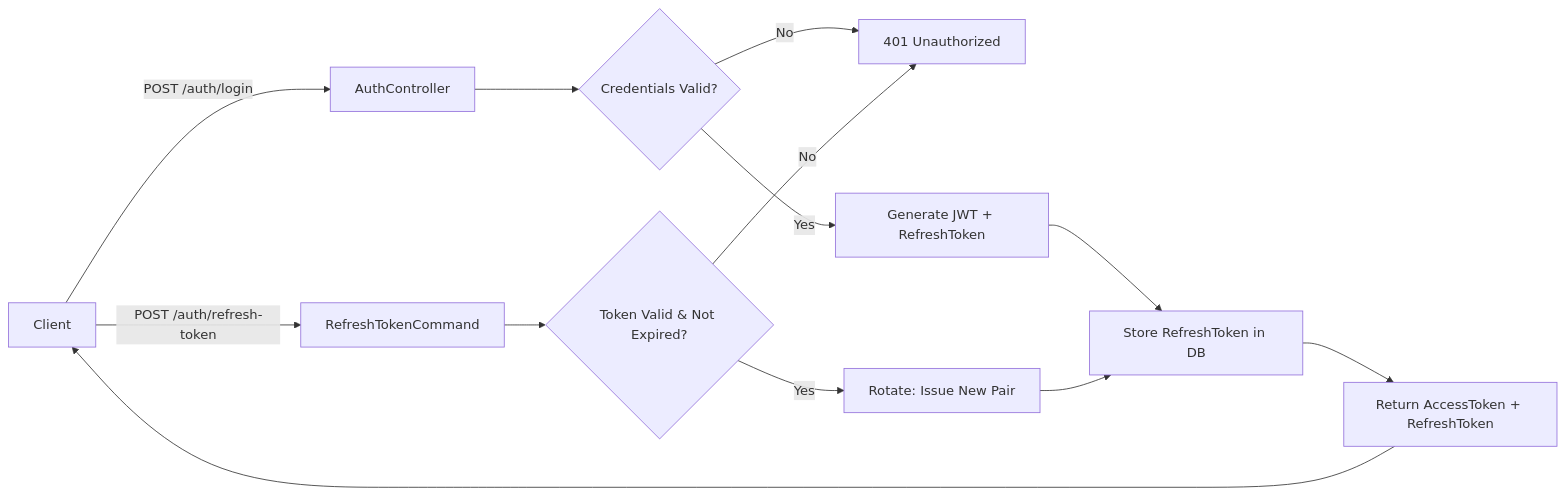
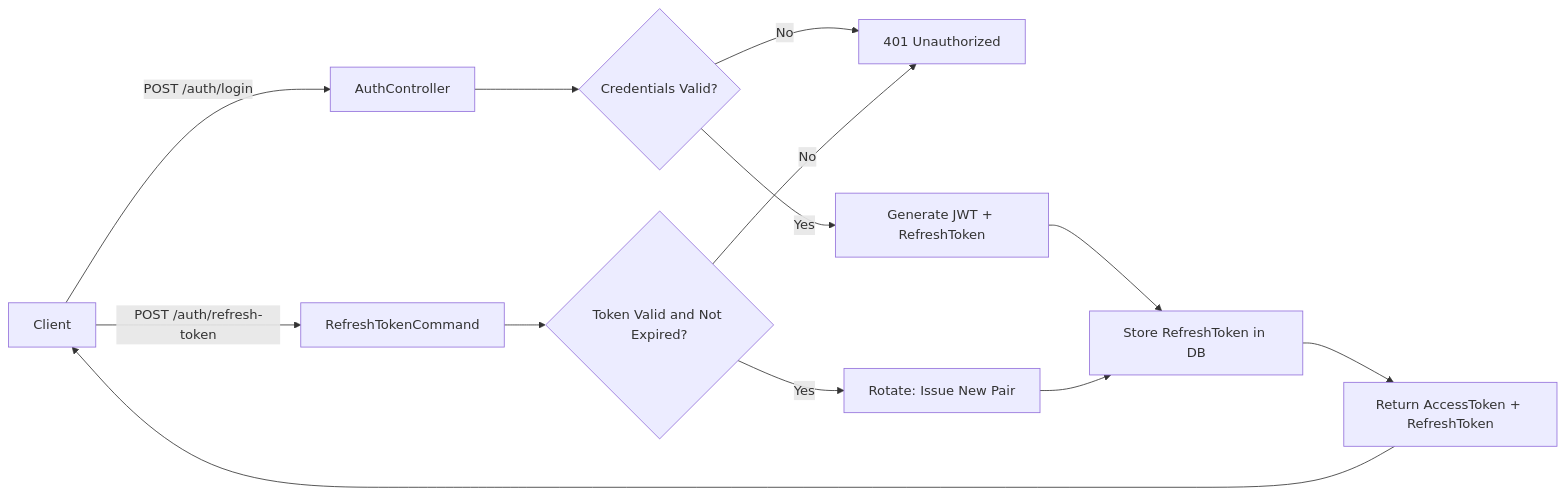
One commit to noureddineosama/OnlineTravelBookingAPP changed the eighth of 8 diagrams in README.md. Above: the diagram before and after it, drawn with Mermaid. The commit also changed other lines of this file, not shown here.

Commit message:
Fix: Correct all Mermaid diagram syntax errors (remove HTML entities, br/ tags, and ampersands from node labels)

````diff
--- a/README.md
+++ b/README.md
@@ -444,16 +444,16 @@
 ```mermaid
 flowchart LR
     A[Client] -->|"POST /auth/login"| B[AuthController]
     B --> C{Credentials Valid?}
     C -->|No| D[401 Unauthorized]
     C -->|Yes| E[Generate JWT + RefreshToken]
     E --> F[Store RefreshToken in DB]
     F --> G[Return AccessToken + RefreshToken]
     G --> A
 
     A -->|"POST /auth/refresh-token"| H[RefreshTokenCommand]
-    H --> I{Token Valid & Not Expired?}
+    H --> I{Token Valid and Not Expired?}
     I -->|No| D
     I -->|Yes| J[Rotate: Issue New Pair]
     J --> F
 ```
````
